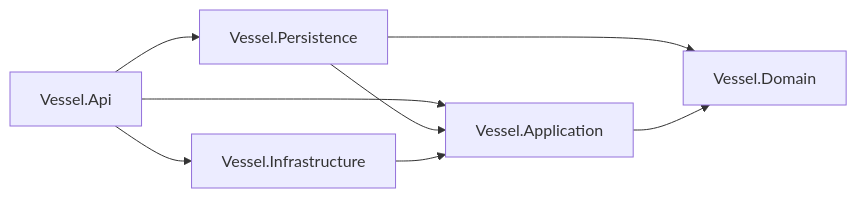
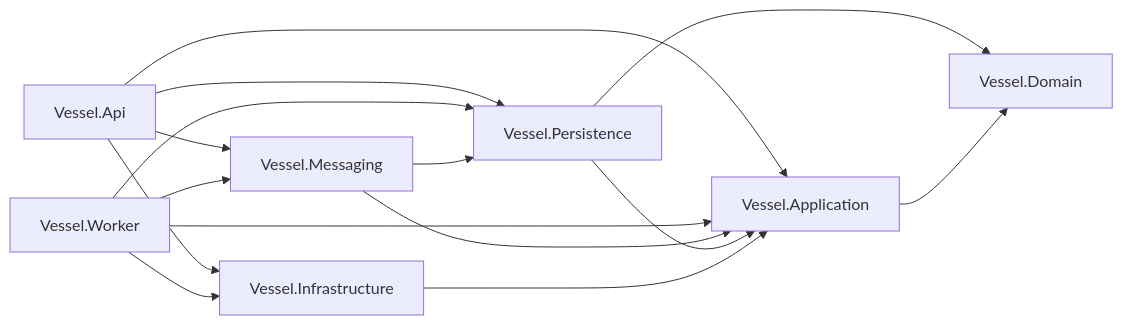
Before and after one commit to jcarcaboso/vessel: the first of 2 diagrams in docs/architecture/backend-guide.md, drawn with Mermaid. The commit also changed other lines of this file and 2 other files, not shown here.

````diff
--- a/docs/architecture/backend-guide.md
+++ b/docs/architecture/backend-guide.md
@@ -36,10 +40,17 @@
 ```mermaid
 flowchart LR
     Api[Vessel.Api] --> Application
     Api --> Persistence
     Api --> Infrastructure
+    Api --> Messaging
+    Worker[Vessel.Worker] --> Application
+    Worker --> Persistence
+    Worker --> Infrastructure
+    Worker --> Messaging
+    Messaging[Vessel.Messaging] --> Application
+    Messaging --> Persistence
     Persistence[Vessel.Persistence] --> Application
     Persistence --> Domain
     Infrastructure[Vessel.Infrastructure] --> Application
     Application[Vessel.Application] --> Domain[Vessel.Domain]
 ```
````
